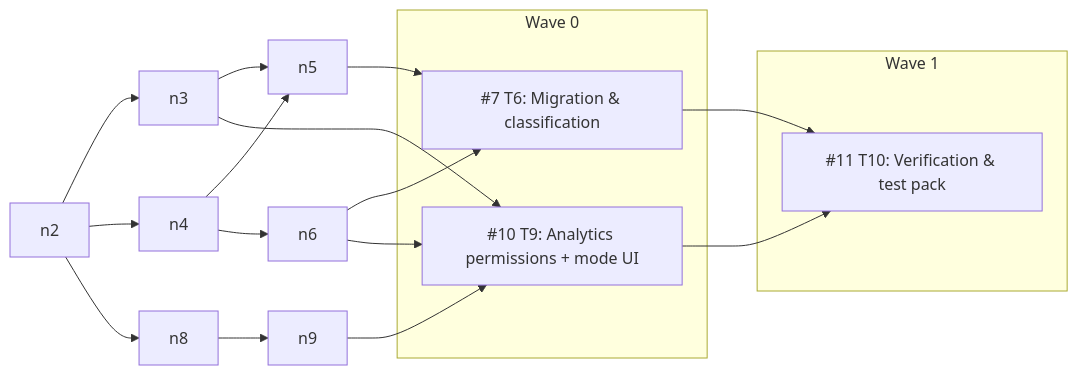
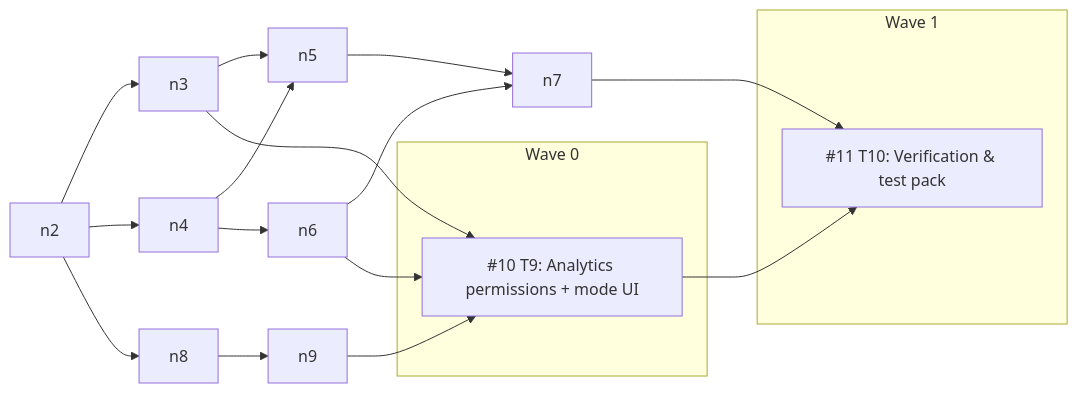
One commit to bugscoderlab/open-notebook changed the first of 2 diagrams in docs/7-DEVELOPMENT/team-access/schedule.md. Above: the diagram before and after it, drawn with Mermaid. The commit also changed other lines of this file, not shown here.

````diff
--- a/docs/7-DEVELOPMENT/team-access/schedule.md
+++ b/docs/7-DEVELOPMENT/team-access/schedule.md
@@ -20,24 +20,23 @@
 ```mermaid
 flowchart LR
   subgraph "Wave 0"
-    n7["#7 T6: Migration & classification"]
     n10["#10 T9: Analytics permissions + mode UI"]
   end
   subgraph "Wave 1"
     n11["#11 T10: Verification & test pack"]
   end
   n2 --> n3
   n2 --> n4
   n3 --> n5
   n4 --> n5
   n4 --> n6
   n5 --> n7
   n6 --> n7
   n2 --> n8
   n8 --> n9
   n3 --> n10
   n6 --> n10
   n9 --> n10
   n7 --> n11
   n10 --> n11
 ```
````
